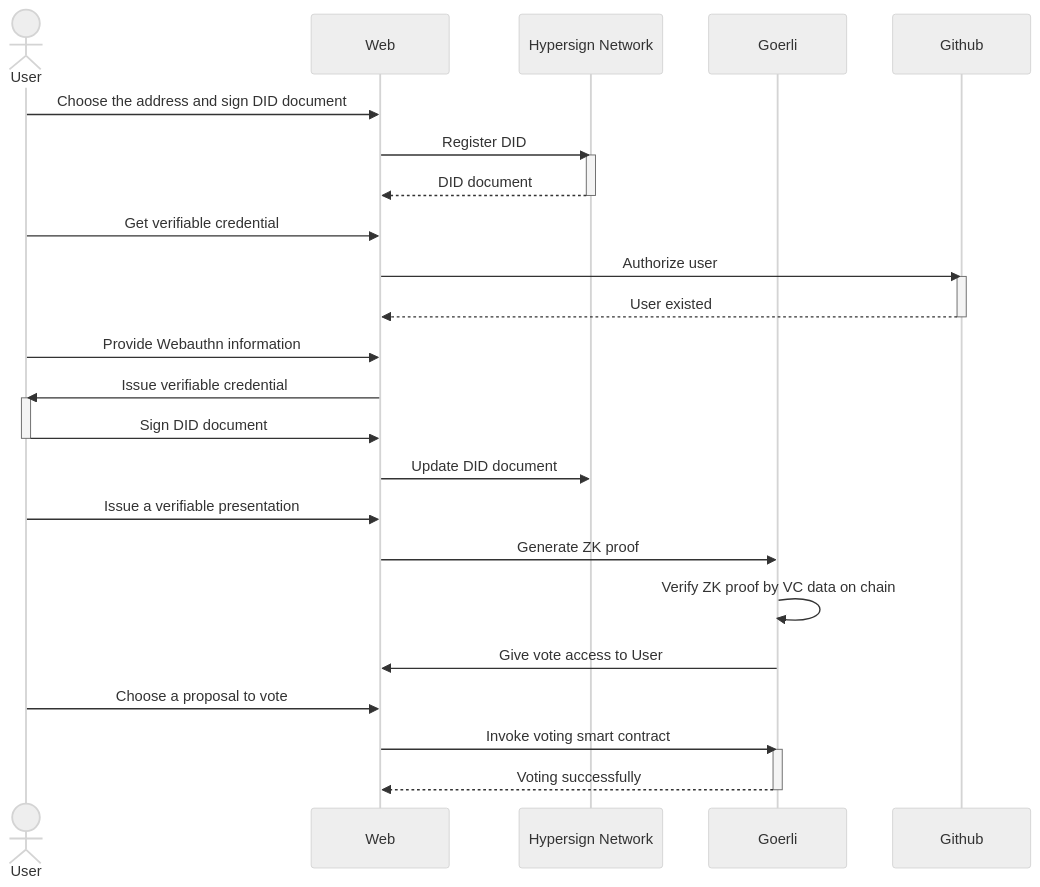
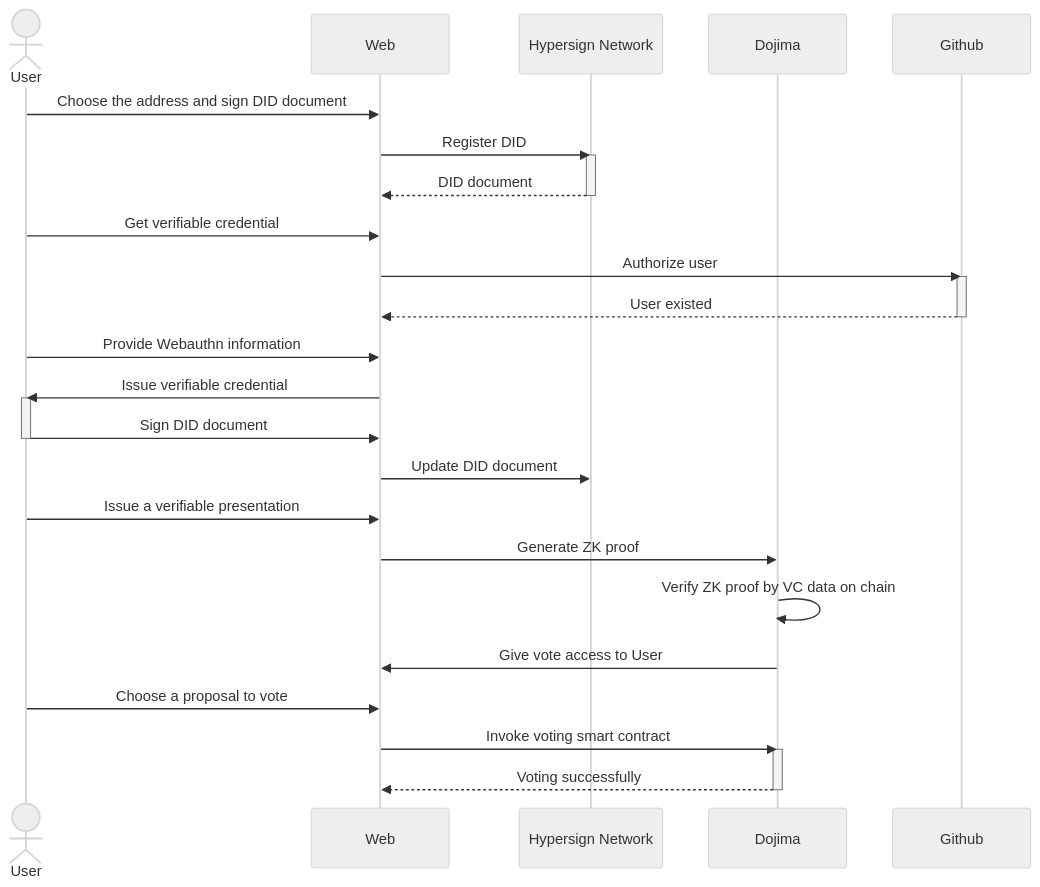
Before and after one commit to EricLin0619/BeePoll: the diagram in README.md, drawn with Mermaid (neutral theme). The commit also changed other lines of this file and 5 other files, not shown here.

Commit message:
feat: deploy contract on dojima

````diff
--- a/README.md
+++ b/README.md
@@ -34,36 +36,36 @@
 ```mermaid
 sequenceDiagram
     actor User
     participant Web
     participant H as Hypersign Network
-    participant Goerli
+    participant Dojima
     participant Github
     %% Register DID and get VC
     User ->> Web: Choose the address and sign DID document
     Web ->> H: Register DID
     activate H
     H -->> Web: DID document
     deactivate H
     User ->> Web: Get verifiable credential
     Web ->> Github: Authorize user
     activate Github
     Github -->> Web: User existed
     deactivate Github
     User ->> Web: Provide Webauthn information
     Web ->> User: Issue verifiable credential
     activate User
     User ->> Web: Sign DID document
     deactivate User
     Web ->> H: Update DID document
     %% vp and zk proof
     User ->> Web: Issue a verifiable presentation
-    Web ->> Goerli: Generate ZK proof
-    Goerli ->> Goerli: Verify ZK proof by VC data on chain
-    Goerli ->> Web: Give vote access to User
+    Web ->> Dojima: Generate ZK proof
+    Dojima ->> Dojima: Verify ZK proof by VC data on chain
+    Dojima ->> Web: Give vote access to User
     %% voting
     User ->> Web: Choose a proposal to vote
-    Web ->> Goerli: Invoke voting smart contract
-    activate Goerli
-    Goerli -->> Web: Voting successfully
-    deactivate Goerli
+    Web ->> Dojima: Invoke voting smart contract
+    activate Dojima
+    Dojima -->> Web: Voting successfully
+    deactivate Dojima
 ```
````
